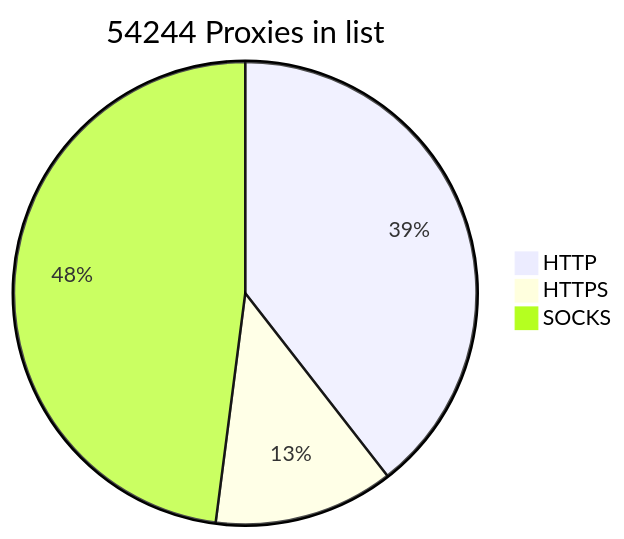
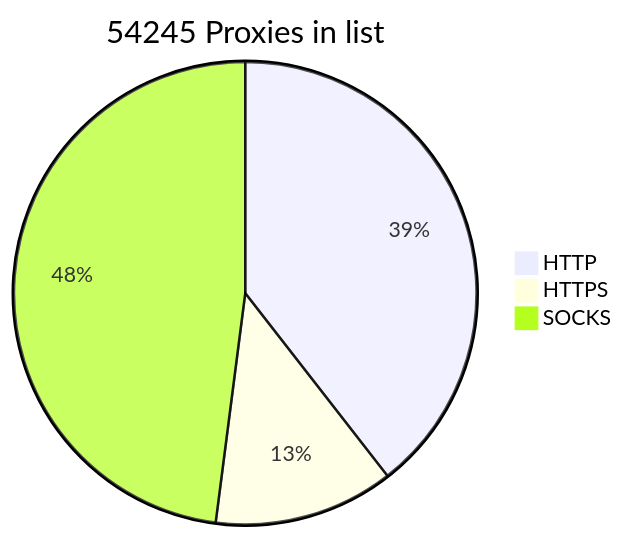
One commit to BlackSnowDot/proxylist-update-every-minute changed the diagram in README.md. Above: the diagram before and after it, drawn with Mermaid.

````diff
--- a/README.md
+++ b/README.md
@@ -2,6 +2,6 @@
 ```mermaid
-pie title 54244 Proxies in list
+pie title 54245 Proxies in list
     "HTTP" : 23971
     "HTTPS": 7637
-    "SOCKS" : 29125
+    "SOCKS" : 29126
 ```
````
